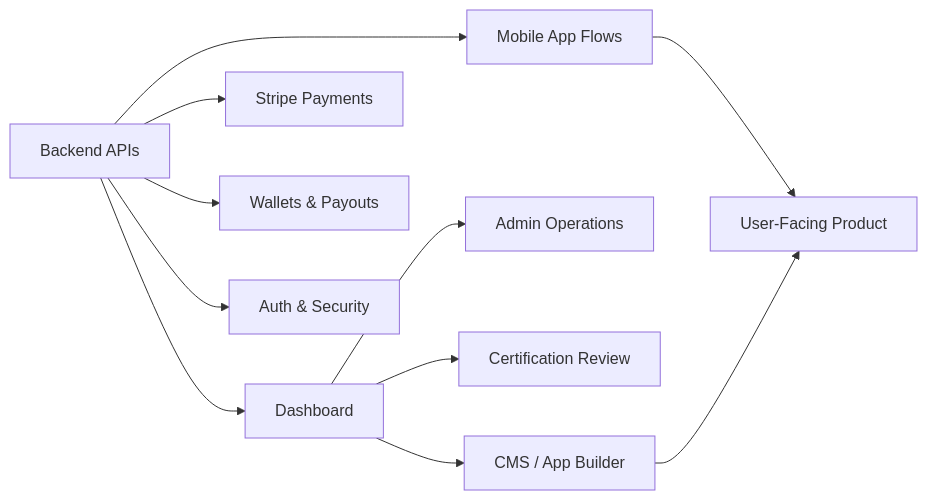
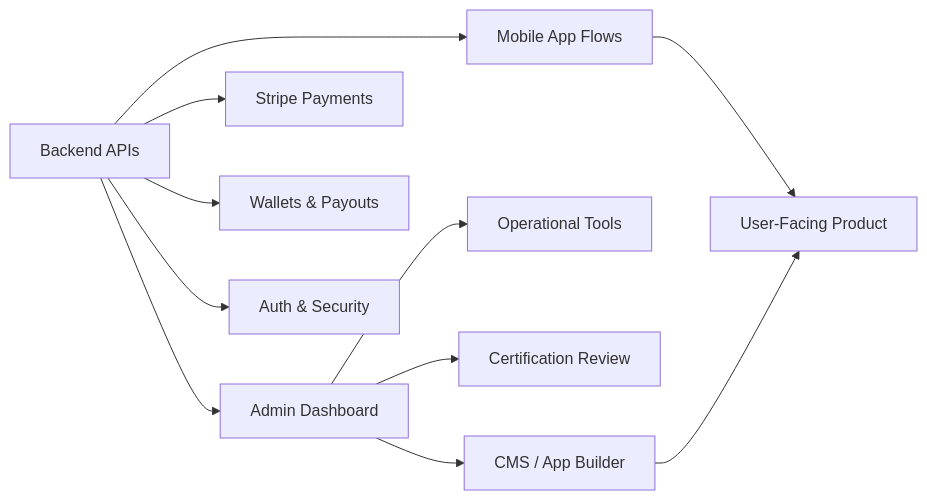
One commit to Farouk-chtioui/Farouk-chtioui changed the diagram in README.md. Above: the diagram before and after it, drawn with Mermaid. The commit also changed other lines of this file, not shown here.

````diff
--- a/README.md
+++ b/README.md
@@ -65,13 +65,13 @@
 ```mermaid
 flowchart LR
-    A[Backend APIs] --> B[Dashboard]
+    A[Backend APIs] --> B[Admin Dashboard]
     A --> C[Mobile App Flows]
-    B --> D[Admin Operations]
+    B --> D[Operational Tools]
     B --> E[Certification Review]
     B --> F[CMS / App Builder]
     A --> G[Stripe Payments]
     A --> H[Wallets & Payouts]
     A --> I[Auth & Security]
     C --> J[User-Facing Product]
     F --> J
 ```
````
